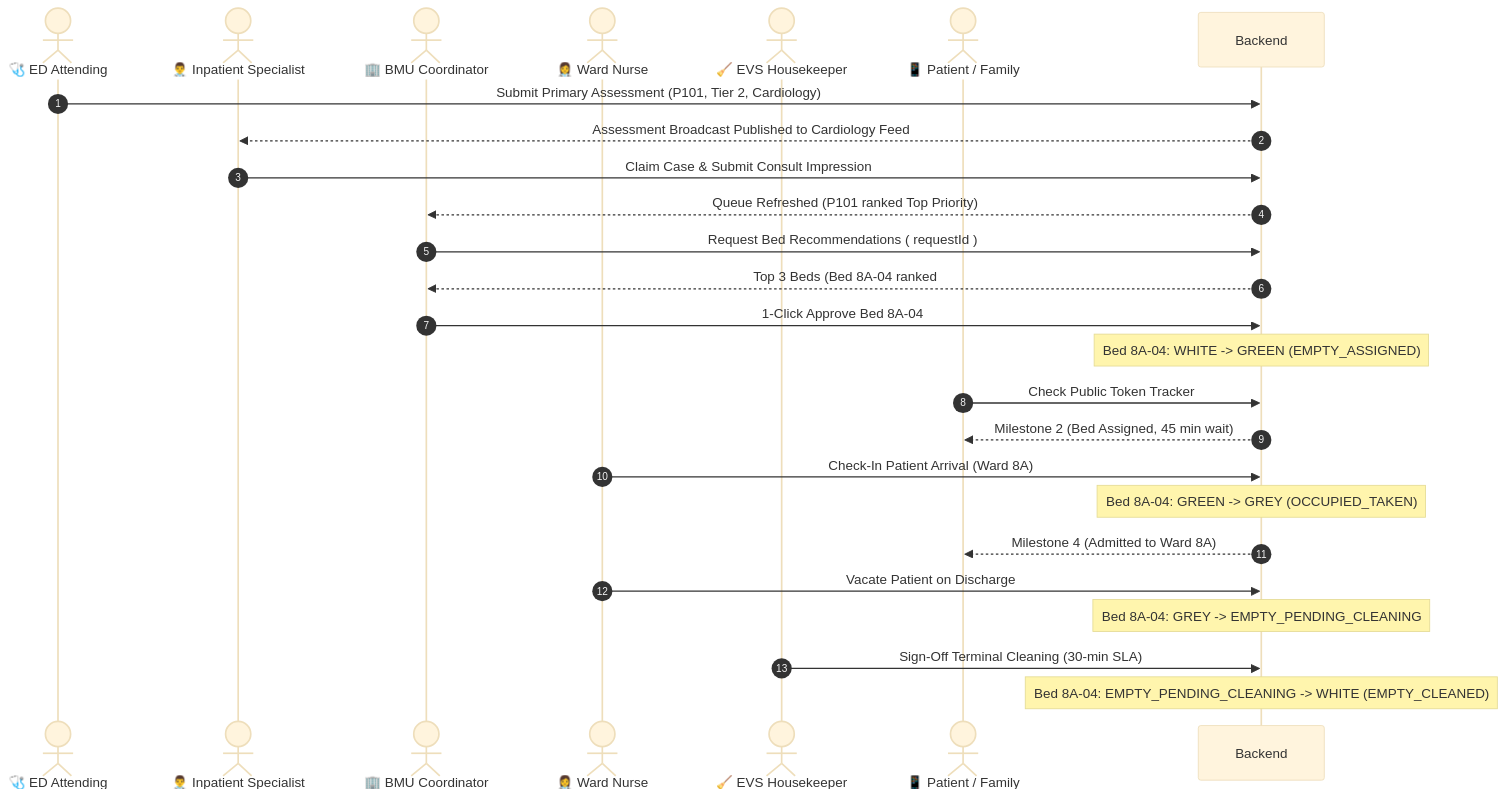
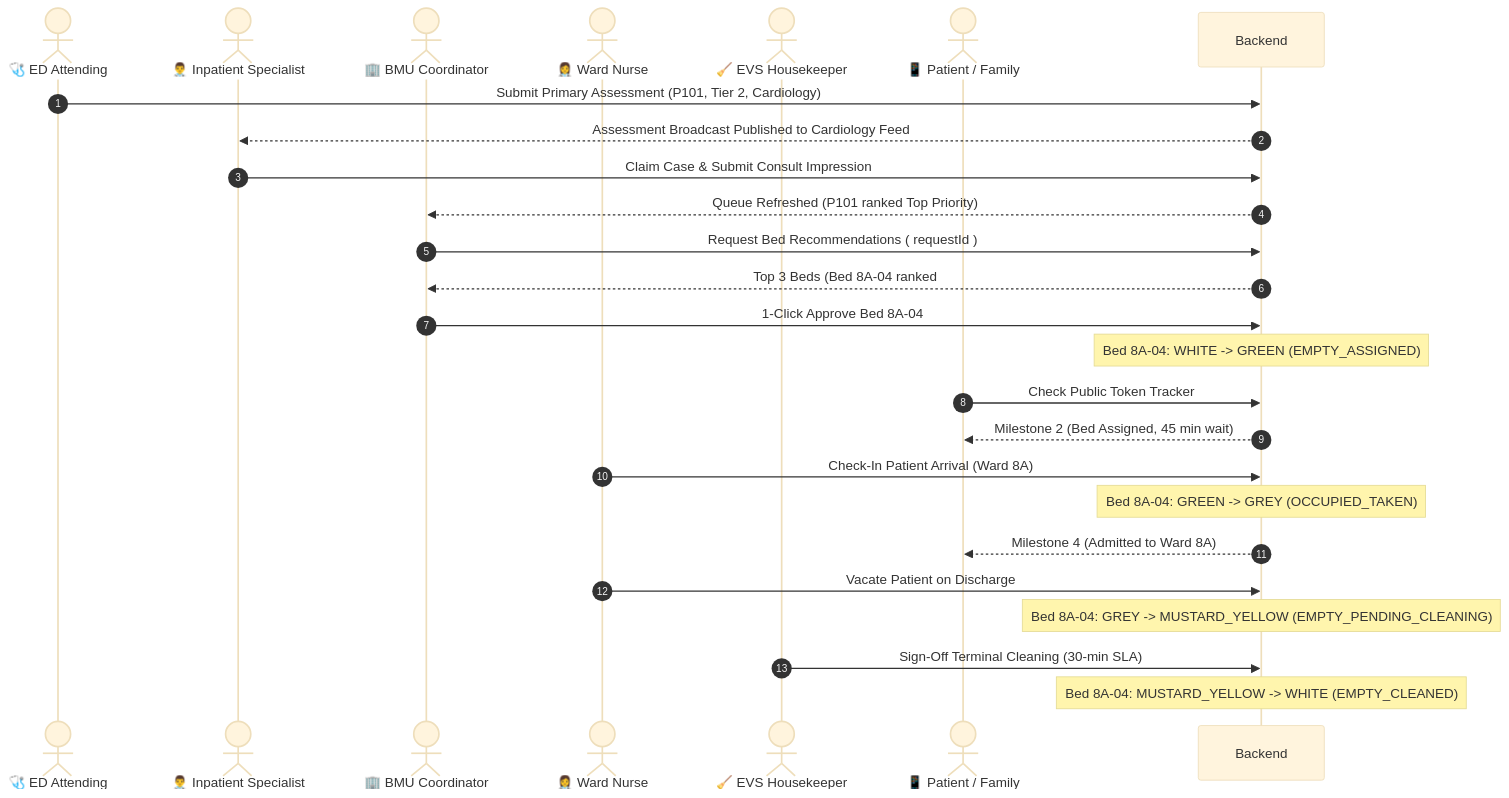
One commit to jrtan1191dev/enhance-hospital-admissions changed the second of 7 diagrams in docs/technical-architecture.md. Above: the diagram before and after it, drawn with Mermaid (base theme). The commit also changed other lines of this file and 9 other files, not shown here.

````diff
--- a/docs/technical-architecture.md
+++ b/docs/technical-architecture.md
@@ -165,28 +165,28 @@
 ```mermaid
 sequenceDiagram
     autonumber
     actor ED as 🩺 ED Attending
     actor Spec as 👨‍⚕️ Inpatient Specialist
     actor BMU as 🏢 BMU Coordinator
     actor Nurse as 👩‍⚕️ Ward Nurse
     actor Housekeeper as 🧹 EVS Housekeeper
     actor Patient as 📱 Patient / Family
 
     ED->>Backend: Submit Primary Assessment (P101, Tier 2, Cardiology)
     Backend-->>Spec: Assessment Broadcast Published to Cardiology Feed
     Spec->>Backend: Claim Case & Submit Consult Impression
     Backend-->>BMU: Queue Refreshed (P101 ranked Top Priority)
     BMU->>Backend: Request Bed Recommendations ( requestId )
     Backend-->>BMU: Top 3 Beds (Bed 8A-04 ranked #1: +40 Specialty, +30 Consolidation)
     BMU->>Backend: 1-Click Approve Bed 8A-04
     Note over Backend: Bed 8A-04: WHITE -> GREEN (EMPTY_ASSIGNED)
     Patient->>Backend: Check Public Token Tracker
     Backend-->>Patient: Milestone 2 (Bed Assigned, 45 min wait)
     Nurse->>Backend: Check-In Patient Arrival (Ward 8A)
     Note over Backend: Bed 8A-04: GREEN -> GREY (OCCUPIED_TAKEN)
     Backend-->>Patient: Milestone 4 (Admitted to Ward 8A)
     Nurse->>Backend: Vacate Patient on Discharge
-    Note over Backend: Bed 8A-04: GREY -> EMPTY_PENDING_CLEANING
+    Note over Backend: Bed 8A-04: GREY -> MUSTARD_YELLOW (EMPTY_PENDING_CLEANING)
     Housekeeper->>Backend: Sign-Off Terminal Cleaning (30-min SLA)
-    Note over Backend: Bed 8A-04: EMPTY_PENDING_CLEANING -> WHITE (EMPTY_CLEANED)
+    Note over Backend: Bed 8A-04: MUSTARD_YELLOW -> WHITE (EMPTY_CLEANED)
 ```
````
